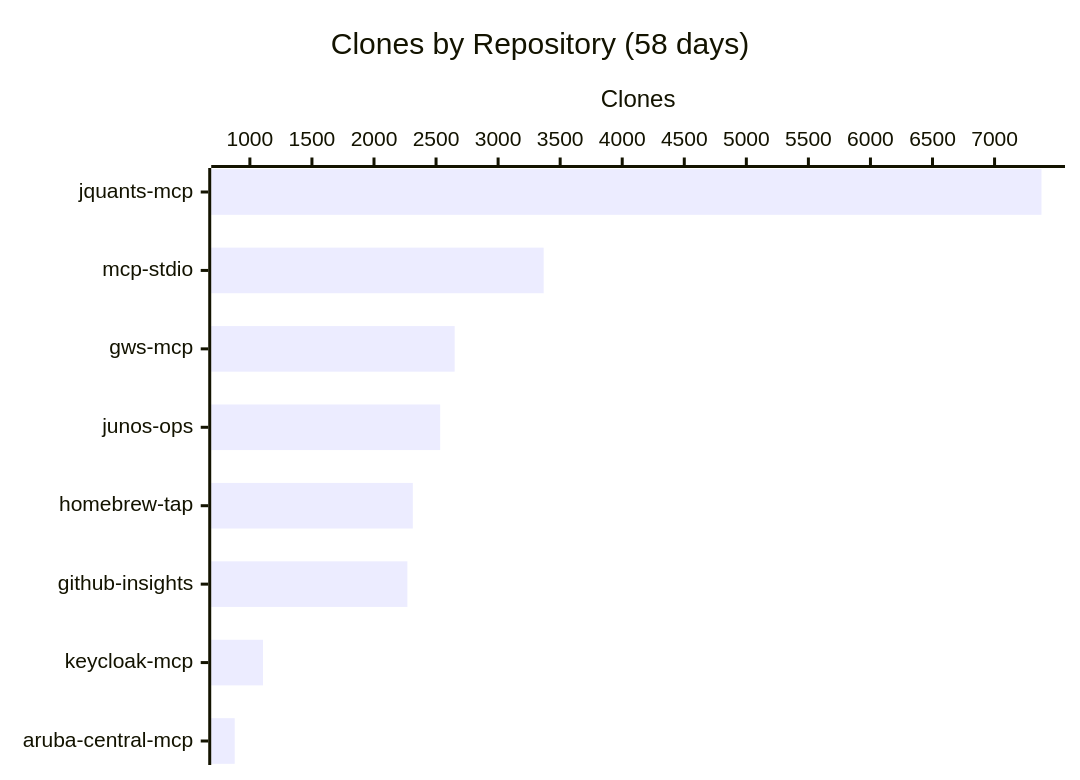
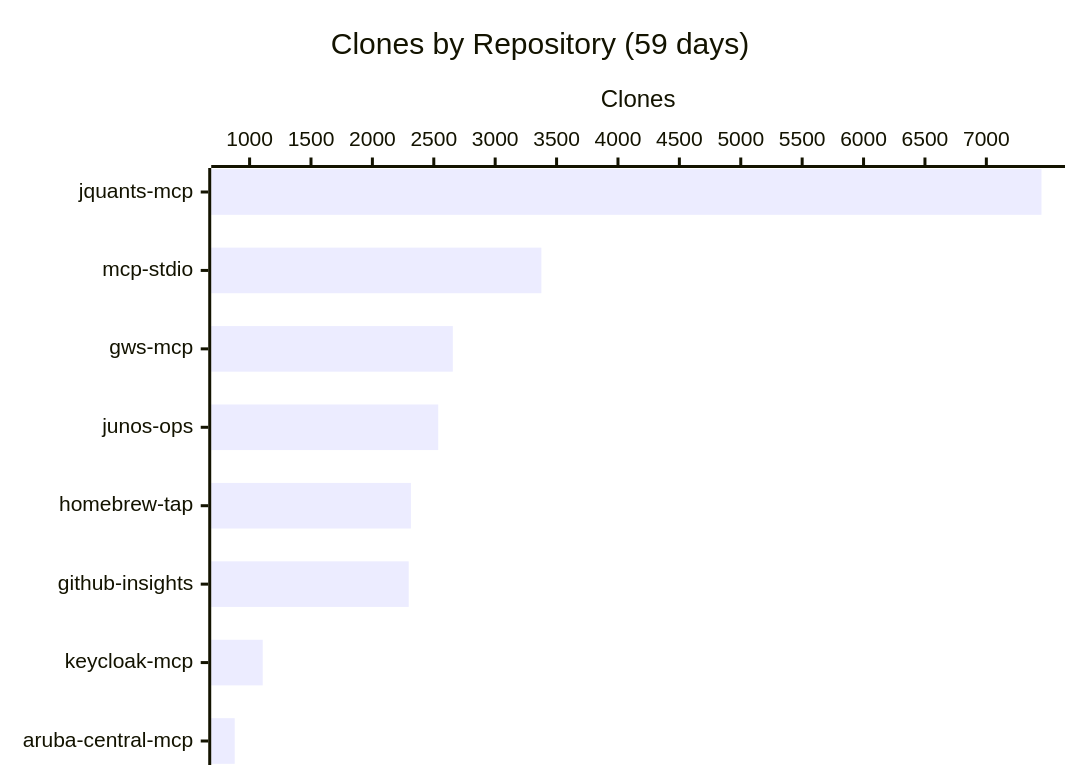
One commit to shigechika/github-insights changed the third of 3 diagrams in README.md. Above: the diagram before and after it, drawn with Mermaid. The commit also changed other lines of this file and 2 other files, not shown here.

````diff
--- a/README.md
+++ b/README.md
@@ -38,7 +38,7 @@
 ```mermaid
 xychart-beta horizontal
-    title "Clones by Repository (58 days)"
+    title "Clones by Repository (59 days)"
     x-axis ["jquants-mcp", "mcp-stdio", "gws-mcp", "junos-ops", "homebrew-tap", "github-insights", "keycloak-mcp", "aruba-central-mcp"]
     y-axis "Clones"
-    bar [7378, 3367, 2650, 2533, 2313, 2269, 1106, 878]
+    bar [7449, 3376, 2655, 2536, 2314, 2296, 1107, 879]
 ```
````
